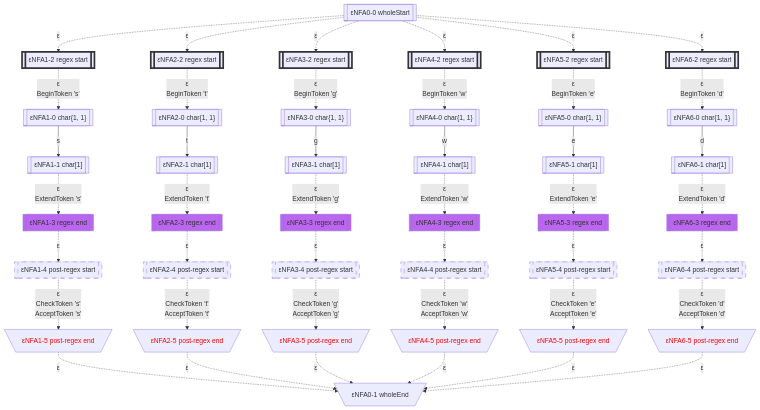
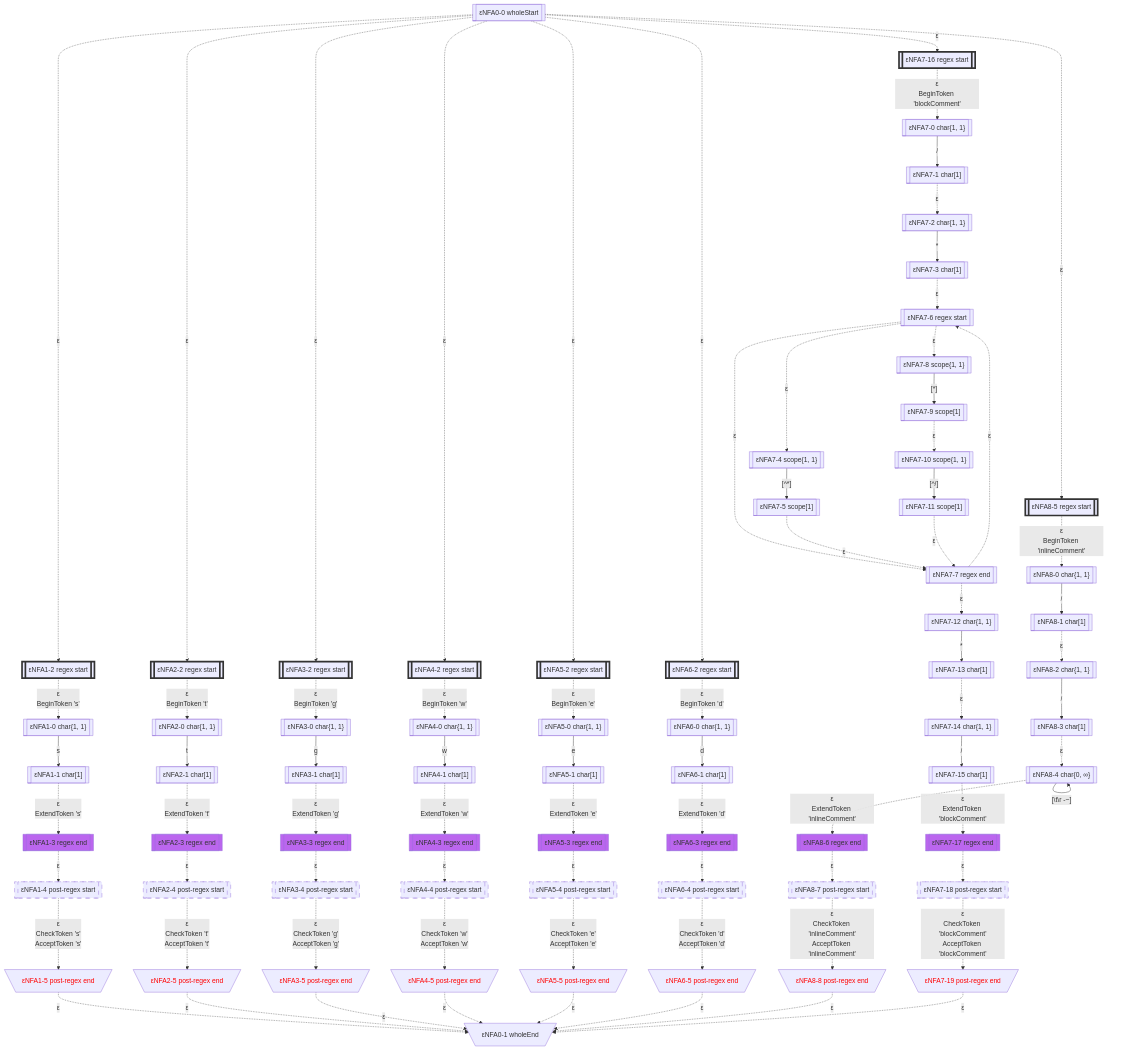
Before and after one commit to bitzhuwei/GrammarMentor: the first of 7 diagrams in Practices/Practice.GeneratedXxxFormat.Test/GeneratedSES/doc/LexicalStates.gen.md, drawn with Mermaid. The commit also changed other lines of this file and 3868 other files, not shown here.

````diff
--- a/Practices/Practice.GeneratedXxxFormat.Test/GeneratedSES/doc/LexicalStates.gen.md
+++ b/Practices/Practice.GeneratedXxxFormat.Test/GeneratedSES/doc/LexicalStates.gen.md
@@ -17,132 +17,212 @@
 classDef c1101 stroke:#333,stroke-width:4px,fill:#BB66EE,color:#FF0000;
 classDef c1110 stroke:#333,stroke-width:4px,fill:#BB66EE,stroke-dasharray: 10 10;
 classDef c1111 stroke:#333,stroke-width:4px,fill:#BB66EE,stroke-dasharray: 10 10,color:#FF0000;
-eNFA0_0_65115477[["εNFA0-0 wholeStart"]]
-eNFA1_2_8691401[["εNFA1-2 regex start"]]
-class eNFA1_2_8691401 c1000;
-eNFA2_2_49168383[["εNFA2-2 regex start"]]
-class eNFA2_2_49168383 c1000;
-eNFA3_2_56237217[["εNFA3-2 regex start"]]
-class eNFA3_2_56237217 c1000;
-eNFA4_2_32091456[["εNFA4-2 regex start"]]
-class eNFA4_2_32091456 c1000;
-eNFA5_2_4673555[["εNFA5-2 regex start"]]
-class eNFA5_2_4673555 c1000;
-eNFA6_2_20160467[["εNFA6-2 regex start"]]
-class eNFA6_2_20160467 c1000;
-eNFA1_0_11113746[["εNFA1-0 char{1, 1}"]]
-eNFA2_0_7618538[["εNFA2-0 char{1, 1}"]]
-eNFA3_0_58920766[["εNFA3-0 char{1, 1}"]]
-eNFA4_0_49271158[["εNFA4-0 char{1, 1}"]]
-eNFA5_0_43013707[["εNFA5-0 char{1, 1}"]]
-eNFA6_0_22385140[["εNFA6-0 char{1, 1}"]]
-eNFA1_1_32914850[["εNFA1-1 char[1]"]]
-eNFA2_1_1457983[["εNFA2-1 char[1]"]]
-eNFA3_1_60524849[["εNFA3-1 char[1]"]]
-eNFA4_1_40787243[["εNFA4-1 char[1]"]]
-eNFA5_1_51579045[["εNFA5-1 char[1]"]]
-eNFA6_1_139672[["εNFA6-1 char[1]"]]
-eNFA1_3_27798194[["εNFA1-3 regex end"]]
-class eNFA1_3_27798194 c0100;
-eNFA2_3_13121854[["εNFA2-3 regex end"]]
-class eNFA2_3_13121854 c0100;
-eNFA3_3_7852731[["εNFA3-3 regex end"]]
-class eNFA3_3_7852731 c0100;
-eNFA4_3_31540868[["εNFA4-3 regex end"]]
-class eNFA4_3_31540868 c0100;
-eNFA5_3_61558227[["εNFA5-3 regex end"]]
-class eNFA5_3_61558227 c0100;
-eNFA6_3_1257053[["εNFA6-3 regex end"]]
-class eNFA6_3_1257053 c0100;
-eNFA1_4_48857155[["εNFA1-4 post-regex start"]]
-class eNFA1_4_48857155 c0010;
-eNFA2_4_50987822[["εNFA2-4 post-regex start"]]
-class eNFA2_4_50987822 c0010;
-eNFA3_4_3565717[["εNFA3-4 post-regex start"]]
-class eNFA3_4_3565717 c0010;
-eNFA4_4_15432364[["εNFA4-4 post-regex start"]]
-class eNFA4_4_15432364 c0010;
-eNFA5_4_17153132[["εNFA5-4 post-regex start"]]
-class eNFA5_4_17153132 c0010;
-eNFA6_4_11313485[["εNFA6-4 post-regex start"]]
-class eNFA6_4_11313485 c0010;
-eNFA1_5_37061214[\"εNFA1-5 post-regex end"/]
-class eNFA1_5_37061214 c0001;
-eNFA2_5_39862271[\"εNFA2-5 post-regex end"/]
-class eNFA2_5_39862271 c0001;
-eNFA3_5_36372913[\"εNFA3-5 post-regex end"/]
-class eNFA3_5_36372913 c0001;
-eNFA4_5_20387654[\"εNFA4-5 post-regex end"/]
-class eNFA4_5_20387654 c0001;
-eNFA5_5_42062003[\"εNFA5-5 post-regex end"/]
-class eNFA5_5_42062003 c0001;
-eNFA6_5_47226480[\"εNFA6-5 post-regex end"/]
-class eNFA6_5_47226480 c0001;
-eNFA0_1_23216125[\"εNFA0-1 wholeEnd"/]
-eNFA0_0_65115477 -.->|"ε"|eNFA1_2_8691401
-eNFA0_0_65115477 -.->|"ε"|eNFA2_2_49168383
-eNFA0_0_65115477 -.->|"ε"|eNFA3_2_56237217
-eNFA0_0_65115477 -.->|"ε"|eNFA4_2_32091456
-eNFA0_0_65115477 -.->|"ε"|eNFA5_2_4673555
-eNFA0_0_65115477 -.->|"ε"|eNFA6_2_20160467
-eNFA1_2_8691401 -.->|"ε
-BeginToken 's'"|eNFA1_0_11113746
-eNFA2_2_49168383 -.->|"ε
-BeginToken 't'"|eNFA2_0_7618538
-eNFA3_2_56237217 -.->|"ε
-BeginToken 'g'"|eNFA3_0_58920766
-eNFA4_2_32091456 -.->|"ε
-BeginToken 'w'"|eNFA4_0_49271158
-eNFA5_2_4673555 -.->|"ε
-BeginToken 'e'"|eNFA5_0_43013707
-eNFA6_2_20160467 -.->|"ε
-BeginToken 'd'"|eNFA6_0_22385140
-eNFA1_0_11113746 -->|"s"|eNFA1_1_32914850
-eNFA2_0_7618538 -->|"t"|eNFA2_1_1457983
-eNFA3_0_58920766 -->|"g"|eNFA3_1_60524849
-eNFA4_0_49271158 -->|"w"|eNFA4_1_40787243
-eNFA5_0_43013707 -->|"e"|eNFA5_1_51579045
-eNFA6_0_22385140 -->|"d"|eNFA6_1_139672
-eNFA1_1_32914850 -.->|"ε
-ExtendToken 's'"|eNFA1_3_27798194
-eNFA2_1_1457983 -.->|"ε
-ExtendToken 't'"|eNFA2_3_13121854
-eNFA3_1_60524849 -.->|"ε
-ExtendToken 'g'"|eNFA3_3_7852731
-eNFA4_1_40787243 -.->|"ε
-ExtendToken 'w'"|eNFA4_3_31540868
-eNFA5_1_51579045 -.->|"ε
-ExtendToken 'e'"|eNFA5_3_61558227
-eNFA6_1_139672 -.->|"ε
-ExtendToken 'd'"|eNFA6_3_1257053
-eNFA1_3_27798194 -.->|"ε"|eNFA1_4_48857155
-eNFA2_3_13121854 -.->|"ε"|eNFA2_4_50987822
-eNFA3_3_7852731 -.->|"ε"|eNFA3_4_3565717
-eNFA4_3_31540868 -.->|"ε"|eNFA4_4_15432364
-eNFA5_3_61558227 -.->|"ε"|eNFA5_4_17153132
-eNFA6_3_1257053 -.->|"ε"|eNFA6_4_11313485
-eNFA1_4_48857155 -.->|"ε
+eNFA0_0_541162[["εNFA0-0 wholeStart"]]
+eNFA1_2_26248478[["εNFA1-2 regex start"]]
+class eNFA1_2_26248478 c1000;
+eNFA2_2_4870463[["εNFA2-2 regex start"]]
+class eNFA2_2_4870463 c1000;
+eNFA3_2_42402794[["εNFA3-2 regex start"]]
+class eNFA3_2_42402794 c1000;
+eNFA4_2_30795413[["εNFA4-2 regex start"]]
+class eNFA4_2_30795413 c1000;
+eNFA5_2_39391664[["εNFA5-2 regex start"]]
+class eNFA5_2_39391664 c1000;
+eNFA6_2_3951668[["εNFA6-2 regex start"]]
+class eNFA6_2_3951668 c1000;
+eNFA7_16_10176696[["εNFA7-16 regex start"]]
+class eNFA7_16_10176696 c1000;
+eNFA8_5_15447074[["εNFA8-5 regex start"]]
+class eNFA8_5_15447074 c1000;
+eNFA1_0_34909710[["εNFA1-0 char{1, 1}"]]
+eNFA2_0_60906657[["εNFA2-0 char{1, 1}"]]
+eNFA3_0_12074265[["εNFA3-0 char{1, 1}"]]
+eNFA4_0_11400497[["εNFA4-0 char{1, 1}"]]
+eNFA5_0_36608226[["εNFA5-0 char{1, 1}"]]
+eNFA6_0_51649700[["εNFA6-0 char{1, 1}"]]
+eNFA7_0_19006063[["εNFA7-0 char{1, 1}"]]
+eNFA8_0_43253509[["εNFA8-0 char{1, 1}"]]
+eNFA1_1_45751941[["εNFA1-1 char[1]"]]
+eNFA2_1_11289004[["εNFA2-1 char[1]"]]
+eNFA3_1_41559524[["εNFA3-1 char[1]"]]
+eNFA4_1_35495616[["εNFA4-1 char[1]"]]
+eNFA5_1_61038585[["εNFA5-1 char[1]"]]
+eNFA6_1_62194118[["εNFA6-1 char[1]"]]
+eNFA7_1_30368798[["εNFA7-1 char[1]"]]
+eNFA8_1_4883734[["εNFA8-1 char[1]"]]
+eNFA1_3_9114291[["εNFA1-3 regex end"]]
+class eNFA1_3_9114291 c0100;
+eNFA2_3_34492175[["εNFA2-3 regex end"]]
+class eNFA2_3_34492175 c0100;
+eNFA3_3_38491397[["εNFA3-3 regex end"]]
+class eNFA3_3_38491397 c0100;
+eNFA4_3_51025090[["εNFA4-3 regex end"]]
+class eNFA4_3_51025090 c0100;
+eNFA5_3_12476353[["εNFA5-3 regex end"]]
+class eNFA5_3_12476353 c0100;
+eNFA6_3_22876152[["εNFA6-3 regex end"]]
+class eNFA6_3_22876152 c0100;
+eNFA7_2_43953607[["εNFA7-2 char{1, 1}"]]
+eNFA8_2_60038148[["εNFA8-2 char{1, 1}"]]
+eNFA1_4_14919761[["εNFA1-4 post-regex start"]]
+class eNFA1_4_14919761 c0010;
+eNFA2_4_41994123[["εNFA2-4 post-regex start"]]
+class eNFA2_4_41994123 c0010;
+eNFA3_4_10878253[["εNFA3-4 post-regex start"]]
+class eNFA3_4_10878253 c0010;
+eNFA4_4_56572634[["εNFA4-4 post-regex start"]]
+class eNFA4_4_56572634 c0010;
+eNFA5_4_45178316[["εNFA5-4 post-regex start"]]
+class eNFA5_4_45178316 c0010;
+eNFA6_4_4558779[["εNFA6-4 post-regex start"]]
+class eNFA6_4_4558779 c0010;
+eNFA7_3_17727455[["εNFA7-3 char[1]"]]
+eNFA8_3_27531352[["εNFA8-3 char[1]"]]
+eNFA1_5_60129[\"εNFA1-5 post-regex end"/]
+class eNFA1_5_60129 c0001;
+eNFA2_5_43834167[\"εNFA2-5 post-regex end"/]
+class eNFA2_5_43834167 c0001;
+eNFA3_5_46080827[\"εNFA3-5 post-regex end"/]
+class eNFA3_5_46080827 c0001;
+eNFA4_5_8723262[\"εNFA4-5 post-regex end"/]
+class eNFA4_5_8723262 c0001;
+eNFA5_5_18980661[\"εNFA5-5 post-regex end"/]
+class eNFA5_5_18980661 c0001;
+eNFA6_5_35565017[\"εNFA6-5 post-regex end"/]
+class eNFA6_5_35565017 c0001;
+eNFA7_6_41029017[["εNFA7-6 regex start"]]
+eNFA8_4_10515579[["εNFA8-4 char{0, ∞}"]]
+eNFA0_1_58963189[\"εNFA0-1 wholeEnd"/]
+eNFA7_4_35016046[["εNFA7-4 scope{1, 1}"]]
+eNFA7_8_33716833[["εNFA7-8 scope{1, 1}"]]
+eNFA7_7_46708959[["εNFA7-7 regex end"]]
+eNFA8_6_46455584[["εNFA8-6 regex end"]]
+class eNFA8_6_46455584 c0100;
+eNFA7_5_26637782[["εNFA7-5 scope[1]"]]
+eNFA7_9_41932174[["εNFA7-9 scope[1]"]]
+eNFA7_12_25329374[["εNFA7-12 char{1, 1}"]]
+eNFA8_7_53737263[["εNFA8-7 post-regex start"]]
+class eNFA8_7_53737263 c0010;
+eNFA7_10_37765421[["εNFA7-10 scope{1, 1}"]]
+eNFA7_13_4344474[["εNFA7-13 char[1]"]]
+eNFA8_8_4805945[\"εNFA8-8 post-regex end"/]
+class eNFA8_8_4805945 c0001;
+eNFA7_11_38413446[["εNFA7-11 scope[1]"]]
+eNFA7_14_39100271[["εNFA7-14 char{1, 1}"]]
+eNFA7_15_36836846[["εNFA7-15 char[1]"]]
+eNFA7_17_63096163[["εNFA7-17 regex end"]]
+class eNFA7_17_63096163 c0100;
+eNFA7_18_30994559[["εNFA7-18 post-regex start"]]
+class eNFA7_18_30994559 c0010;
+eNFA7_19_24481406[\"εNFA7-19 post-regex end"/]
+class eNFA7_19_24481406 c0001;
+eNFA0_0_541162 -.->|"ε"|eNFA1_2_26248478
+eNFA0_0_541162 -.->|"ε"|eNFA2_2_4870463
+eNFA0_0_541162 -.->|"ε"|eNFA3_2_42402794
+eNFA0_0_541162 -.->|"ε"|eNFA4_2_30795413
+eNFA0_0_541162 -.->|"ε"|eNFA5_2_39391664
+eNFA0_0_541162 -.->|"ε"|eNFA6_2_3951668
+eNFA0_0_541162 -.->|"ε"|eNFA7_16_10176696
+eNFA0_0_541162 -.->|"ε"|eNFA8_5_15447074
+eNFA1_2_26248478 -.->|"ε
+BeginToken 's'"|eNFA1_0_34909710
+eNFA2_2_4870463 -.->|"ε
+BeginToken 't'"|eNFA2_0_60906657
+eNFA3_2_42402794 -.->|"ε
+BeginToken 'g'"|eNFA3_0_12074265
+eNFA4_2_30795413 -.->|"ε
+BeginToken 'w'"|eNFA4_0_11400497
+eNFA5_2_39391664 -.->|"ε
+BeginToken 'e'"|eNFA5_0_36608226
+eNFA6_2_3951668 -.->|"ε
+BeginToken 'd'"|eNFA6_0_51649700
+eNFA7_16_10176696 -.->|"ε
+BeginToken 'blockComment'"|eNFA7_0_19006063
+eNFA8_5_15447074 -.->|"ε
+BeginToken 'inlineComment'"|eNFA8_0_43253509
+eNFA1_0_34909710 -->|"s"|eNFA1_1_45751941
+eNFA2_0_60906657 -->|"t"|eNFA2_1_11289004
+eNFA3_0_12074265 -->|"g"|eNFA3_1_41559524
+eNFA4_0_11400497 -->|"w"|eNFA4_1_35495616
+eNFA5_0_36608226 -->|"e"|eNFA5_1_61038585
+eNFA6_0_51649700 -->|"d"|eNFA6_1_62194118
+eNFA7_0_19006063 -->|"/"|eNFA7_1_30368798
+eNFA8_0_43253509 -->|"/"|eNFA8_1_4883734
+eNFA1_1_45751941 -.->|"ε
+ExtendToken 's'"|eNFA1_3_9114291
+eNFA2_1_11289004 -.->|"ε
+ExtendToken 't'"|eNFA2_3_34492175
+eNFA3_1_41559524 -.->|"ε
+ExtendToken 'g'"|eNFA3_3_38491397
+eNFA4_1_35495616 -.->|"ε
+ExtendToken 'w'"|eNFA4_3_51025090
+eNFA5_1_61038585 -.->|"ε
+ExtendToken 'e'"|eNFA5_3_12476353
+eNFA6_1_62194118 -.->|"ε
+ExtendToken 'd'"|eNFA6_3_22876152
+eNFA7_1_30368798 -.->|"ε"|eNFA7_2_43953607
+eNFA8_1_4883734 -.->|"ε"|eNFA8_2_60038148
+eNFA1_3_9114291 -.->|"ε"|eNFA1_4_14919761
+eNFA2_3_34492175 -.->|"ε"|eNFA2_4_41994123
+eNFA3_3_38491397 -.->|"ε"|eNFA3_4_10878253
+eNFA4_3_51025090 -.->|"ε"|eNFA4_4_56572634
+eNFA5_3_12476353 -.->|"ε"|eNFA5_4_45178316
+eNFA6_3_22876152 -.->|"ε"|eNFA6_4_4558779
+eNFA7_2_43953607 -->|"*"|eNFA7_3_17727455
+eNFA8_2_60038148 -->|"/"|eNFA8_3_27531352
+eNFA1_4_14919761 -.->|"ε
 CheckToken 's'
-AcceptToken 's'"|eNFA1_5_37061214
-eNFA2_4_50987822 -.->|"ε
+AcceptToken 's'"|eNFA1_5_60129
+eNFA2_4_41994123 -.->|"ε
 CheckToken 't'
-AcceptToken 't'"|eNFA2_5_39862271
-eNFA3_4_3565717 -.->|"ε
+AcceptToken 't'"|eNFA2_5_43834167
+eNFA3_4_10878253 -.->|"ε
 CheckToken 'g'
-AcceptToken 'g'"|eNFA3_5_36372913
-eNFA4_4_15432364 -.->|"ε
+AcceptToken 'g'"|eNFA3_5_46080827
+eNFA4_4_56572634 -.->|"ε
 CheckToken 'w'
-AcceptToken 'w'"|eNFA4_5_20387654
-eNFA5_4_17153132 -.->|"ε
+AcceptToken 'w'"|eNFA4_5_8723262
+eNFA5_4_45178316 -.->|"ε
 CheckToken 'e'
-AcceptToken 'e'"|eNFA5_5_42062003
-eNFA6_4_11313485 -.->|"ε
+AcceptToken 'e'"|eNFA5_5_18980661
+eNFA6_4_4558779 -.->|"ε
 CheckToken 'd'
-AcceptToken 'd'"|eNFA6_5_47226480
-eNFA1_5_37061214 -.->|"ε"|eNFA0_1_23216125
-eNFA2_5_39862271 -.->|"ε"|eNFA0_1_23216125
-eNFA3_5_36372913 -.->|"ε"|eNFA0_1_23216125
-eNFA4_5_20387654 -.->|"ε"|eNFA0_1_23216125
-eNFA5_5_42062003 -.->|"ε"|eNFA0_1_23216125
-eNFA6_5_47226480 -.->|"ε"|eNFA0_1_23216125
+AcceptToken 'd'"|eNFA6_5_35565017
+eNFA7_3_17727455 -.->|"ε"|eNFA7_6_41029017
+eNFA8_3_27531352 -.->|"ε"|eNFA8_4_10515579
+eNFA1_5_60129 -.->|"ε"|eNFA0_1_58963189
+eNFA2_5_43834167 -.->|"ε"|eNFA0_1_58963189
+eNFA3_5_46080827 -.->|"ε"|eNFA0_1_58963189
+eNFA4_5_8723262 -.->|"ε"|eNFA0_1_58963189
+eNFA5_5_18980661 -.->|"ε"|eNFA0_1_58963189
+eNFA6_5_35565017 -.->|"ε"|eNFA0_1_58963189
+eNFA7_6_41029017 -.->|"ε"|eNFA7_4_35016046
+eNFA7_6_41029017 -.->|"ε"|eNFA7_8_33716833
+eNFA7_6_41029017 -.->|"ε"|eNFA7_7_46708959
+eNFA8_4_10515579 -->|"[#92;t#92;r#32;-~]"|eNFA8_4_10515579
+eNFA8_4_10515579 -.->|"ε
+ExtendToken 'inlineComment'"|eNFA8_6_46455584
+eNFA7_4_35016046 -->|"[^*]"|eNFA7_5_26637782
+eNFA7_8_33716833 -->|"[*]"|eNFA7_9_41932174
+eNFA7_7_46708959 -.->|"ε"|eNFA7_6_41029017
+eNFA7_7_46708959 -.->|"ε"|eNFA7_12_25329374
+eNFA8_6_46455584 -.->|"ε"|eNFA8_7_53737263
+eNFA7_5_26637782 -.->|"ε"|eNFA7_7_46708959
+eNFA7_9_41932174 -.->|"ε"|eNFA7_10_37765421
+eNFA7_12_25329374 -->|"*"|eNFA7_13_4344474
+eNFA8_7_53737263 -.->|"ε
+CheckToken 'inlineComment'
+AcceptToken 'inlineComment'"|eNFA8_8_4805945
+eNFA7_10_37765421 -->|"[^/]"|eNFA7_11_38413446
+eNFA7_13_4344474 -.->|"ε"|eNFA7_14_39100271
+eNFA8_8_4805945 -.->|"ε"|eNFA0_1_58963189
+eNFA7_11_38413446 -.->|"ε"|eNFA7_7_46708959
+eNFA7_14_39100271 -->|"/"|eNFA7_15_36836846
+eNFA7_15_36836846 -.->|"ε
+ExtendToken 'blockComment'"|eNFA7_17_63096163
+eNFA7_17_63096163 -.->|"ε"|eNFA7_18_30994559
+eNFA7_18_30994559 -.->|"ε
+CheckToken 'blockComment'
+AcceptToken 'blockComment'"|eNFA7_19_24481406
+eNFA7_19_24481406 -.->|"ε"|eNFA0_1_58963189
 ```
````
